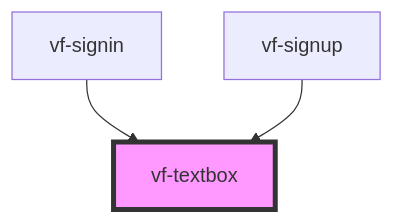
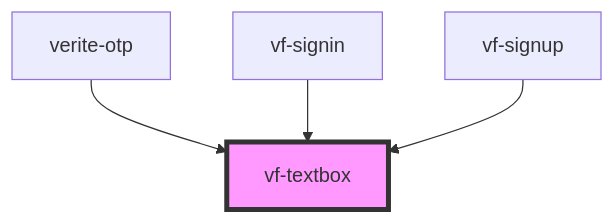
One commit to verite-team/verite-elements changed the diagram in packages/stencil-library/src/components/vf-textbox/readme.md. Above: the diagram before and after it, drawn with Mermaid. The commit also changed other lines of this file and 29 other files, not shown here.

````diff
--- a/packages/stencil-library/src/components/vf-textbox/readme.md
+++ b/packages/stencil-library/src/components/vf-textbox/readme.md
@@ -39,6 +40,7 @@
 ```mermaid
 graph TD;
+  verite-otp --> vf-textbox
   vf-signin --> vf-textbox
   vf-signup --> vf-textbox
   style vf-textbox fill:#f9f,stroke:#333,stroke-width:4px
 ```
````
